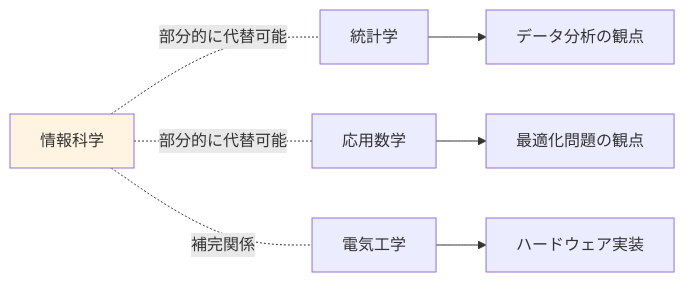
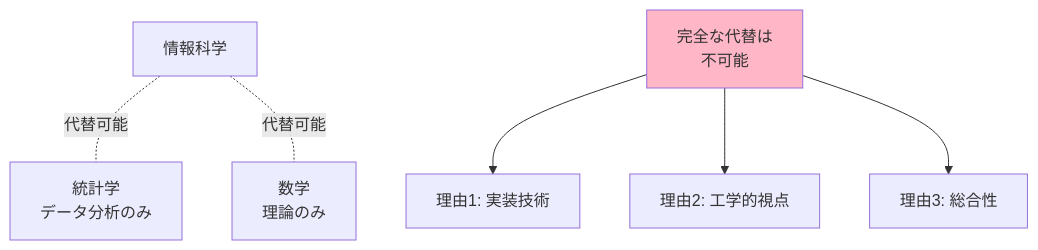
Before and after one commit to SparklingDetergent/doc_genai_mental_model: diagram 17 of 20 in AI/BySpecialty/InformationScience/README.MD, drawn with Mermaid. The commit also changed other lines of this file, not shown here.

````diff
--- a/AI/BySpecialty/InformationScience/README.MD
+++ b/AI/BySpecialty/InformationScience/README.MD
@@ -590,12 +450,11 @@
 ```mermaid
-graph LR
-    A[情報科学] -.部分的に代替可能.- B[統計学]
-    A -.部分的に代替可能.- C[応用数学]
-    A -.補完関係.- D[電気工学]
+graph TB
+    A[情報科学] -.代替可能.- B[統計学<br/>データ分析のみ]
+    A -.代替可能.- C[数学<br/>理論のみ]
     
-    B --> B1[データ分析の観点]
-    C --> C1[最適化問題の観点]
-    D --> D1[ハードウェア実装]
+    D[完全な代替は<br/>不可能] --> E[理由1: 実装技術]
+    D --> F[理由2: 工学的視点]
+    D --> G[理由3: 総合性]
     
-    style A fill:#fff4e1
+    style D fill:#FFB6C6
 ```
````
